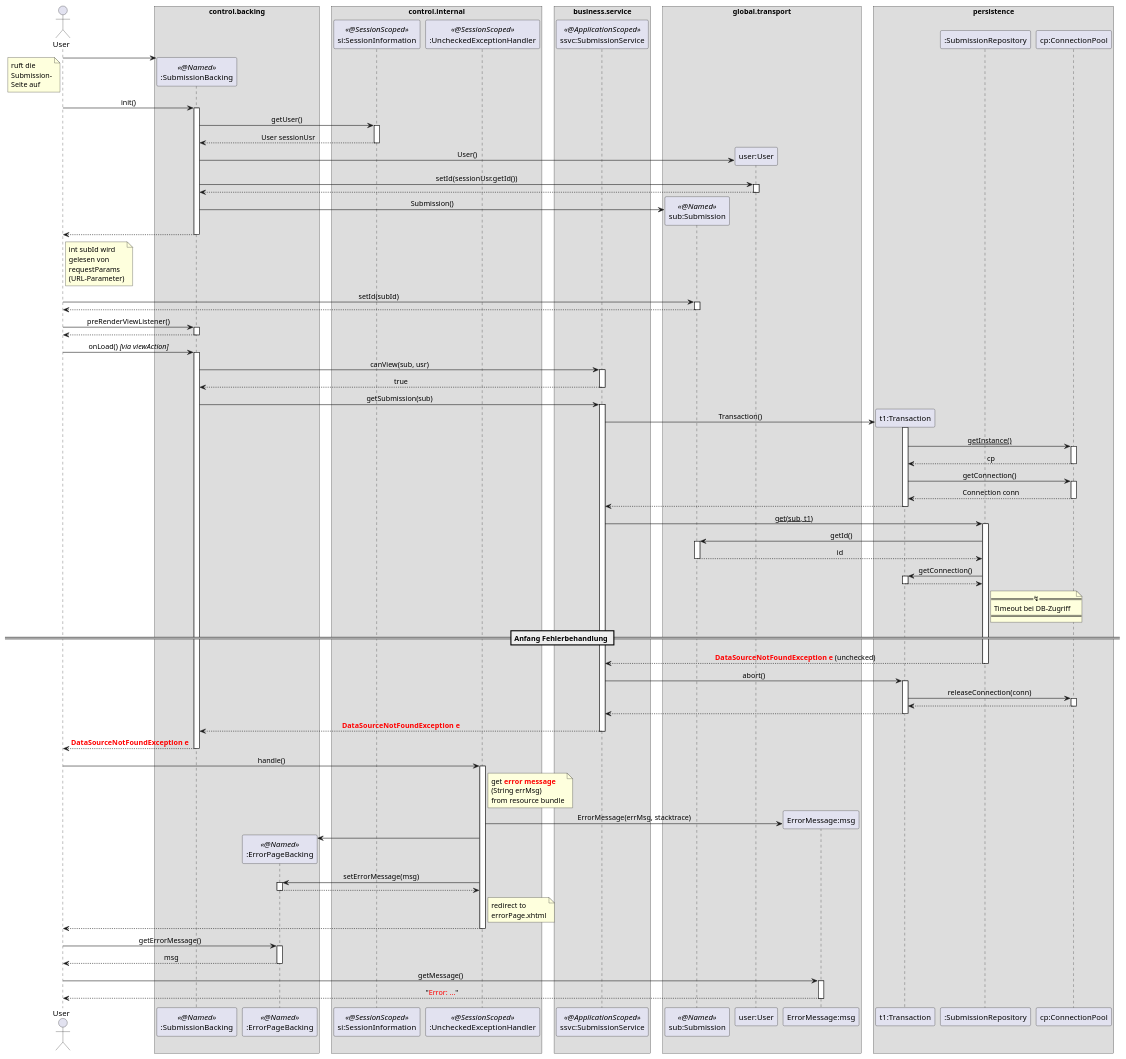
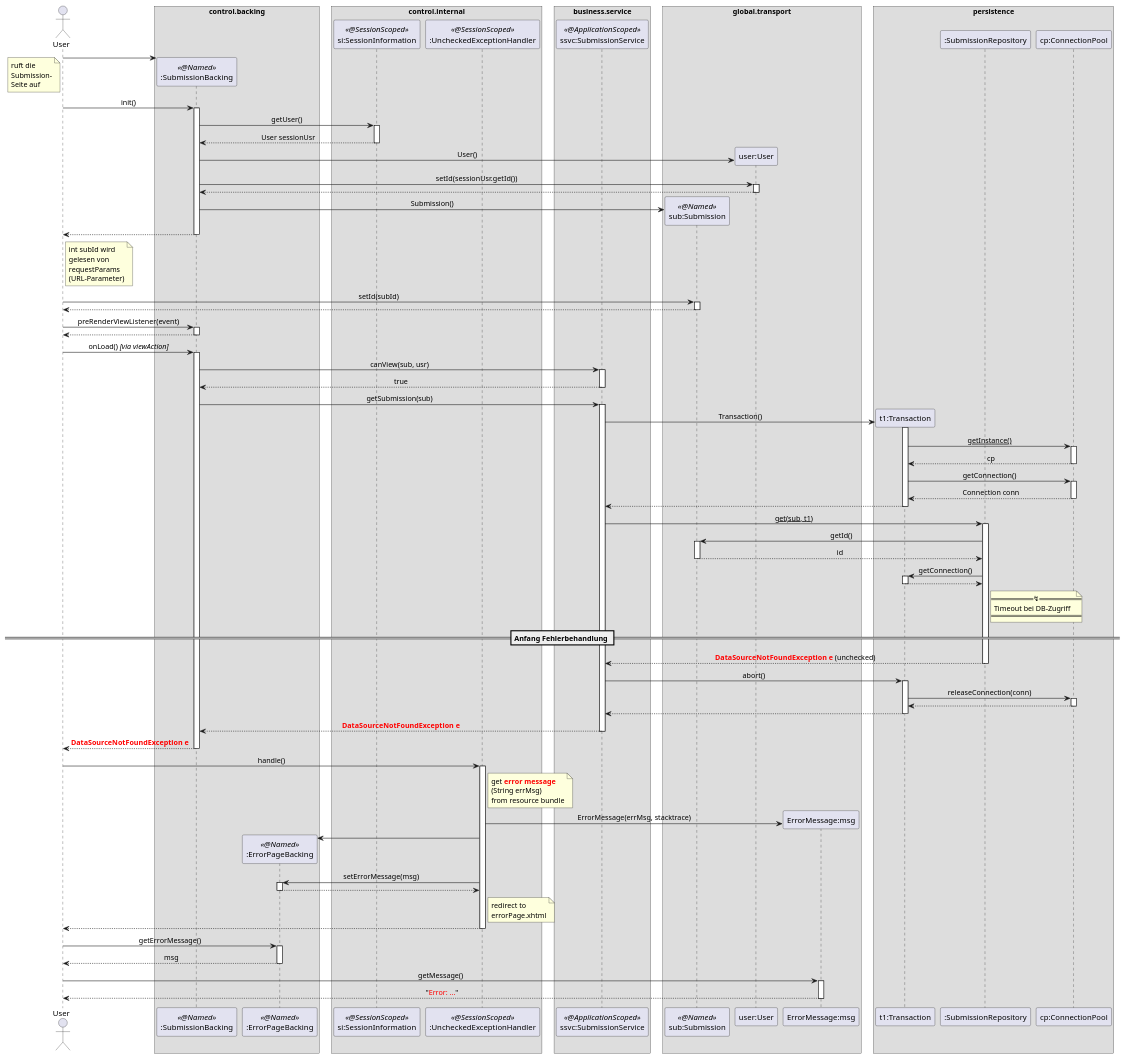
Before and after one commit to guersterst/LasEs: the diagram in docs/Feinspezi/puml/upload_revision_failure.puml, drawn with PlantUML. The commit also changed 1 other file, not shown here.

Commit message:
add event attribute to preRenderViewListener(event)

```diff
--- a/docs/Feinspezi/puml/upload_revision_failure.puml
+++ b/docs/Feinspezi/puml/upload_revision_failure.puml
@@ -1,140 +1,140 @@
 @startuml
 'https://plantuml.com/sequence-diagram
 
 '!theme aws-orange
 skinparam sequenceMessageAlign center
 skinparam BoxPadding 10
 'skinparam LifelineStrategy nosolid
 'autonumber
 'autoactivate on
 'hide footbox
 
 actor User as user
 
 box "control.backing"
     participant ":SubmissionBacking" as sb << @Named >>
     participant ":ErrorPageBacking" as epb << @Named >>
 end box
 'box "???"
 '    participant ":ResourceBundle" as rscBundle
 'end box
 box "control.internal"
     participant "si:SessionInformation" as si << @SessionScoped >>
     participant ":UncheckedExceptionHandler" as eh << @SessionScoped >>
 end box
 box "control.validation"
 end box
 box "business.service"
     participant "ssvc:SubmissionService" as ssvc << @ApplicationScoped >>
 end box
 box "global.transport"
     participant "sub:Submission" as sub << @Named >>
     participant "user:User" as usr
     participant "ErrorMessage:msg" as msg
 end box
 box persistence
     participant "t1:Transaction" as t1
     participant ":SubmissionRepository" as sr
     participant "cp:ConnectionPool" as cp
 end box
 
 create sb
 user -> sb
 note left
     ruft die
     Submission-
     Seite auf
 end note
 user -> sb : init()
 activate sb
     sb -> si ++ : getUser()
     return User sessionUsr
     sb -> usr ** : User()
     sb -> usr ++ : setId(sessionUsr.getId())
     return
     sb -> sub ** : Submission()
 return
 
 note right of user
     int subId wird
     gelesen von
     requestParams
     (URL-Parameter)
 end note
 user -> sub ++ : setId(subId)
 return
 
-user -> sb ++ : preRenderViewListener()
+user -> sb ++ : preRenderViewListener(event)
 return
 
 user -> sb ++ : onLoad() //[via viewAction]//
     sb -> ssvc ++ : canView(sub, usr)
     return true
 
     sb -> ssvc : getSubmission(sub)
     activate ssvc
         ssvc -> t1 ** : Transaction()
         activate t1
             t1 -> cp : __getInstance()__
             activate cp
             return cp
             t1 -> cp : getConnection()
             activate cp
             return Connection conn
         return
         ssvc -> sr : __get(sub, t1)__
         activate sr
             sr -> sub : getId()
             activate sub
             return id
             sr -> t1 ++ : getConnection()
             return
         note right of sr
         == ↯ ==
         Timeout bei DB-Zugriff
         ====
         end note
 
 == Anfang Fehlerbehandlung ==
         return <font color=red><b>DataSourceNotFoundException e</b></font> (unchecked)
 
         ssvc -> t1 ++ : abort()
             t1 -> cp ++ : releaseConnection(conn)
             return
         return
 
     return <font color=red><b>DataSourceNotFoundException e
 return <font color=red><b>DataSourceNotFoundException e
 
 user -> eh ++ : handle()
     note right of eh
     get <font color=red><b>error</b></font> <font color=red><b>message</b></font>
     (String errMsg)
     from resource bundle
     end note
 
     eh -> msg ** : ErrorMessage(errMsg, stacktrace)
 
     eh -> epb **
     eh -> epb ++ : setErrorMessage(msg)
     return
 
     note right of eh
     redirect to
     errorPage.xhtml
     end note
 
 return
 
 user -> epb ++ : getErrorMessage()
 return msg
 user -> msg ++ : getMessage()
 return "<font color=red>Error: ...</font>"
 
 'note left
 'Die Ablehnung war
 'nicht erfolgreich
 'end note
 
 
 @enduml
```
